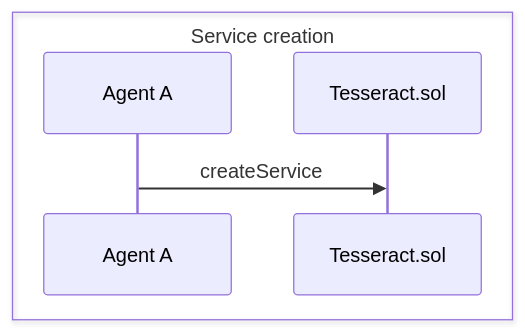
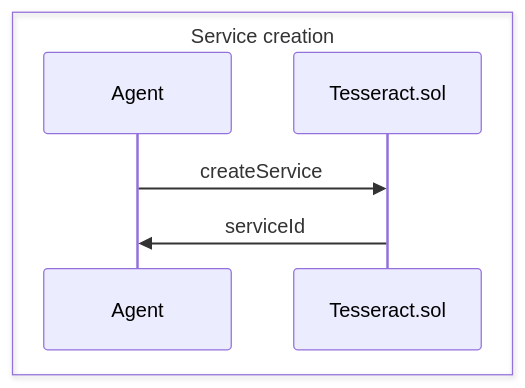
Before and after one commit to Frollamma/napuleth-hackathon: the diagram in docs/protocol.md, drawn with Mermaid. The commit also changed other lines of this file and 4 other files, not shown here.

````diff
--- a/docs/protocol.md
+++ b/docs/protocol.md
@@ -7,9 +7,10 @@
 ```mermaid
 sequenceDiagram
-box Service creation
-participant A as Agent A
-participant S as Tesseract.sol
-end
+    box Service creation
+    participant A as Agent
+    participant S as Tesseract.sol
+    end
 
-A->>S: createService
+    A->>S: createService
+    S->>A: serviceId
 ```
````
